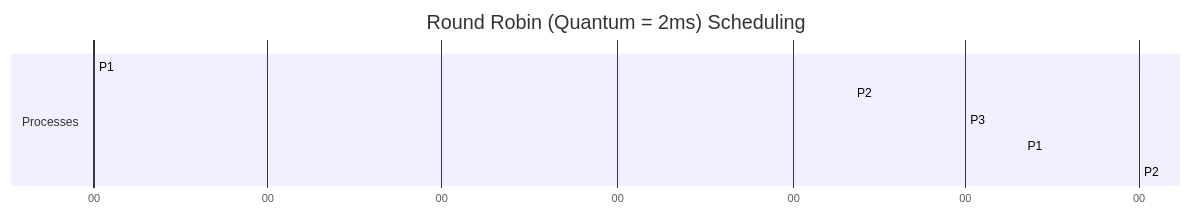
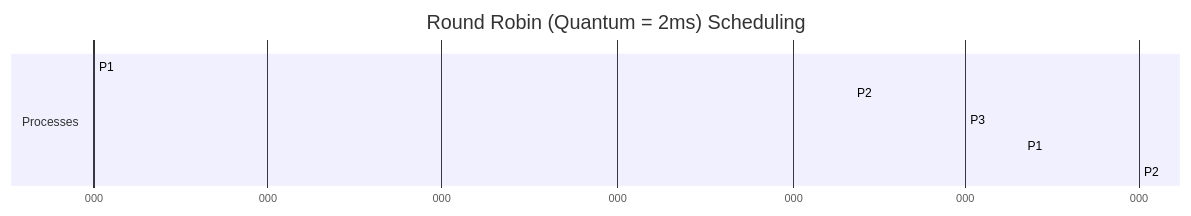
One commit to firdaceah/SisOp-2025 changed the diagram in scheduling.md. Above: the diagram before and after it, drawn with Mermaid.

Commit message:
scheduling update

````diff
--- a/scheduling.md
+++ b/scheduling.md
@@ -68,12 +68,13 @@
 ```mermaid
 gantt
     title Round Robin (Quantum = 2ms) Scheduling
     dateFormat  %x
-    axisFormat  %S
+    axisFormat  %L
+    tickInterval 1s
     section Processes
     P1:0,2
     P2:2,4
     P3:4,5
     P1:5,7
     P2:7,8
 ```
````
